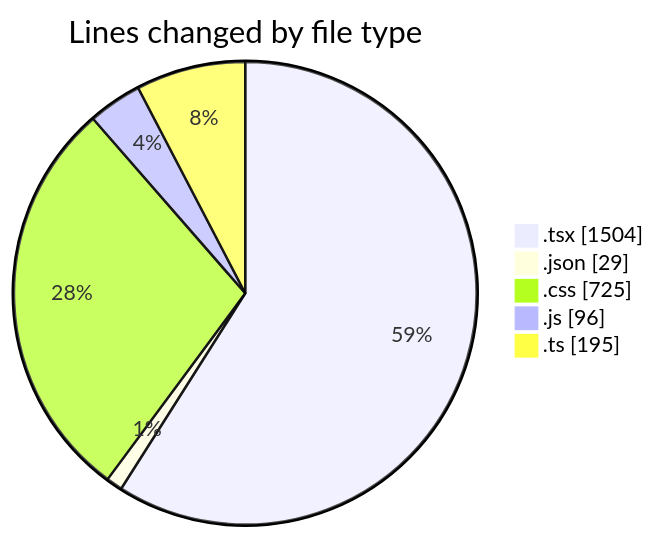
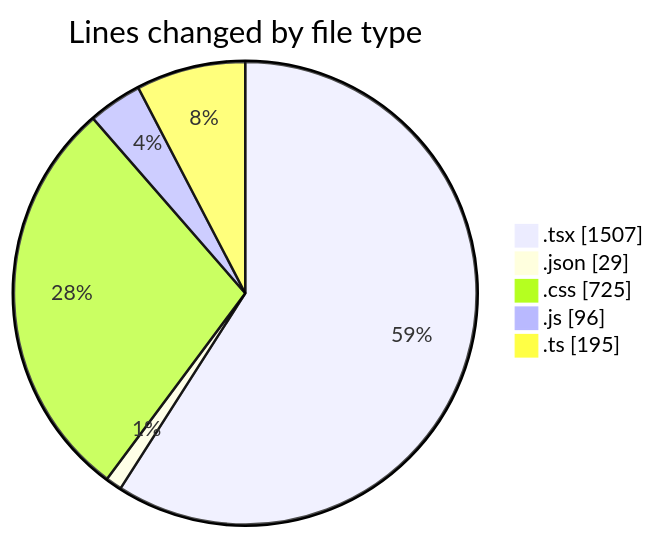
The first of 2 diagrams in 2025-05-15/laala_boost/README.md (Elitesun/code-tracking), drawn with Mermaid before and after one commit. The commit also changed other lines of this file and 1 other file, not shown here.

````diff
--- a/2025-05-15/laala_boost/README.md
+++ b/2025-05-15/laala_boost/README.md
@@ -32,9 +32,9 @@
 ```mermaid
 pie showData
 title Lines changed by file type
-".tsx" : 1504
+".tsx" : 1507
 ".json" : 29
 ".css" : 725
 ".js" : 96
 ".ts" : 195
 ```
````
